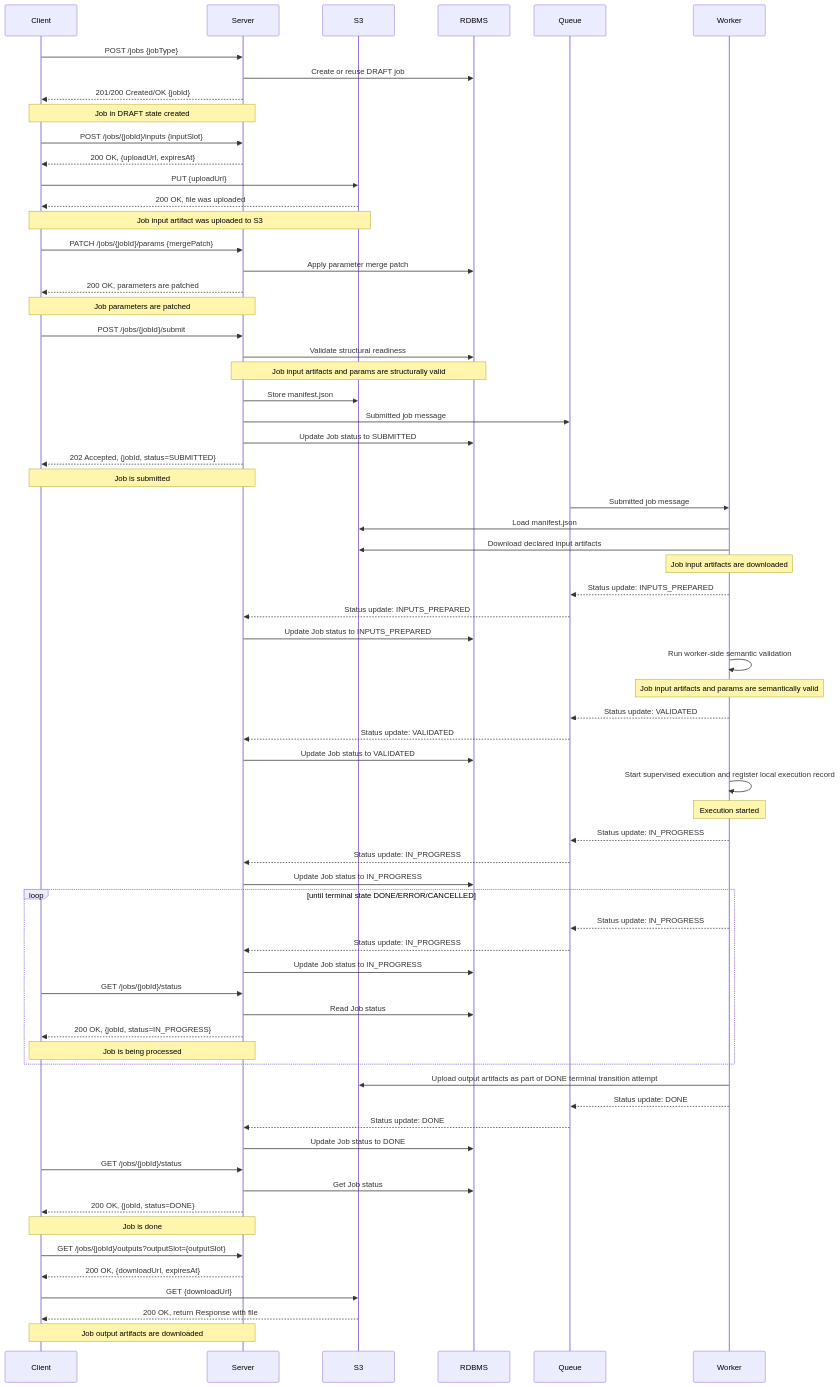
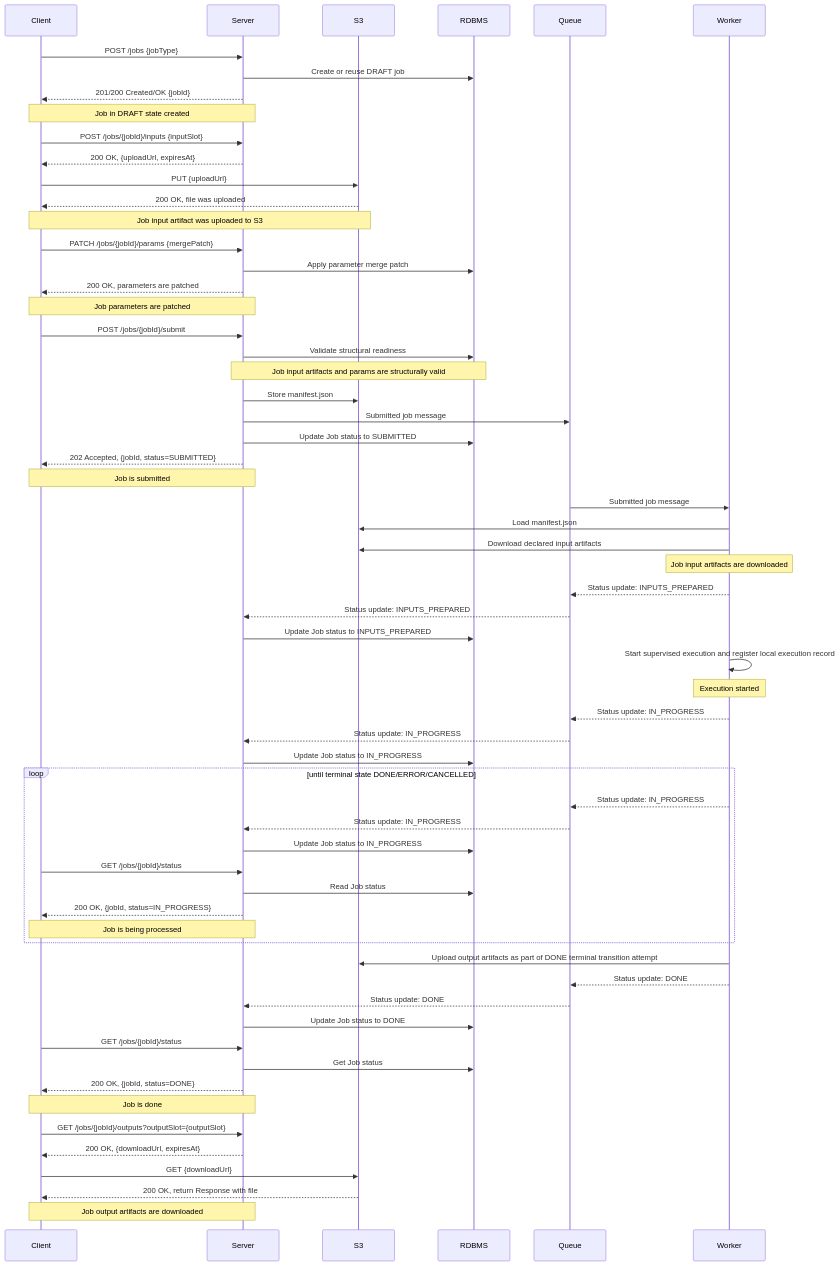
The second of 9 diagrams in ARCHITECTURE.md (oleksiy-sayankin/mdds), drawn with Mermaid before and after one commit. The commit also changed other lines of this file, not shown here.

First line of the commit message:
MDDS-442 Document execute-only JobHandler contract and Worker failure policy

````diff
--- a/ARCHITECTURE.md
+++ b/ARCHITECTURE.md
@@ -257,75 +245,69 @@
 ```mermaid
 sequenceDiagram
     participant Client
     participant Server
     participant S3
     participant RDBMS
     participant Queue
     participant Worker
     Client->>Server: POST /jobs {jobType}
     Server->>RDBMS: Create or reuse DRAFT job
     Server-->>Client: 201/200 Created/OK {jobId}
     Note over Client, Server: Job in DRAFT state created
     Client->>Server: POST /jobs/{jobId}/inputs {inputSlot}
     Server-->>Client: 200 OK, {uploadUrl, expiresAt}
     Client->>S3: PUT {uploadUrl}
     S3-->>Client: 200 OK, file was uploaded
     Note over Client, S3: Job input artifact was uploaded to S3
     Client->>Server: PATCH /jobs/{jobId}/params {mergePatch}
     Server->>RDBMS: Apply parameter merge patch
     Server-->>Client: 200 OK, parameters are patched
     Note over Client, Server: Job parameters are patched
     Client->>Server: POST /jobs/{jobId}/submit
     Server ->> RDBMS: Validate structural readiness
     Note over Server, RDBMS: Job input artifacts and params are structurally valid
     Server->>S3: Store manifest.json
     Server->>Queue: Submitted job message
     Server->>RDBMS: Update Job status to SUBMITTED
     Server-->>Client: 202 Accepted, {jobId, status=SUBMITTED}
     Note over Client, Server: Job is submitted
     
     Queue->>Worker: Submitted job message
     Worker->>S3: Load manifest.json
     Worker->>S3: Download declared input artifacts
     Note over Worker: Job input artifacts are downloaded
     Worker-->>Queue: Status update: INPUTS_PREPARED
     Queue-->>Server: Status update: INPUTS_PREPARED
     Server->>RDBMS: Update Job status to INPUTS_PREPARED
 
-    Worker->>Worker: Run worker-side semantic validation
-    Note over Worker: Job input artifacts and params are semantically valid
-    Worker-->>Queue: Status update: VALIDATED
-    Queue-->>Server: Status update: VALIDATED
-    Server->>RDBMS: Update Job status to VALIDATED
-
     Worker->>Worker: Start supervised execution and register local execution record
     Note over Worker: Execution started
     Worker-->>Queue: Status update: IN_PROGRESS
     Queue-->>Server: Status update: IN_PROGRESS
     Server->>RDBMS: Update Job status to IN_PROGRESS
     
     loop until terminal state DONE/ERROR/CANCELLED
        Worker-->>Queue: Status update: IN_PROGRESS
        Queue-->>Server: Status update: IN_PROGRESS
        Server->>RDBMS: Update Job status to IN_PROGRESS
 
        Client->>Server: GET /jobs/{jobId}/status
        Server->>RDBMS: Read Job status
        Server-->>Client: 200 OK, {jobId, status=IN_PROGRESS}
        
        Note over Client, Server: Job is being processed
     end
     Worker->>S3: Upload output artifacts as part of DONE terminal transition attempt
     Worker-->>Queue: Status update: DONE
     Queue-->>Server: Status update: DONE
     Server->>RDBMS: Update Job status to DONE
     Client->>Server: GET /jobs/{jobId}/status
     Server->>RDBMS: Get Job status
     Server-->>Client: 200 OK, {jobId, status=DONE}
     Note over Client, Server: Job is done
     Client->>Server: GET /jobs/{jobId}/outputs?outputSlot={outputSlot}
     Server-->>Client: 200 OK, {downloadUrl, expiresAt}
     Client->>S3: GET {downloadUrl}
     S3-->>Client: 200 OK, return Response with file
     Note over Client, Server: Job output artifacts are downloaded
 ```
````
